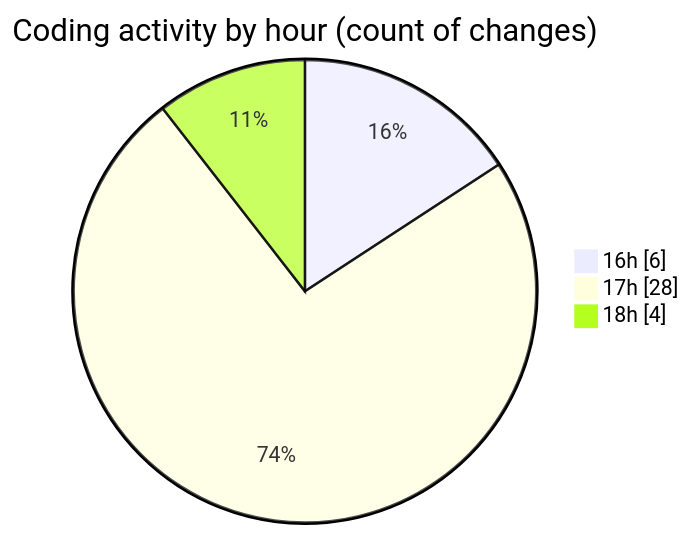
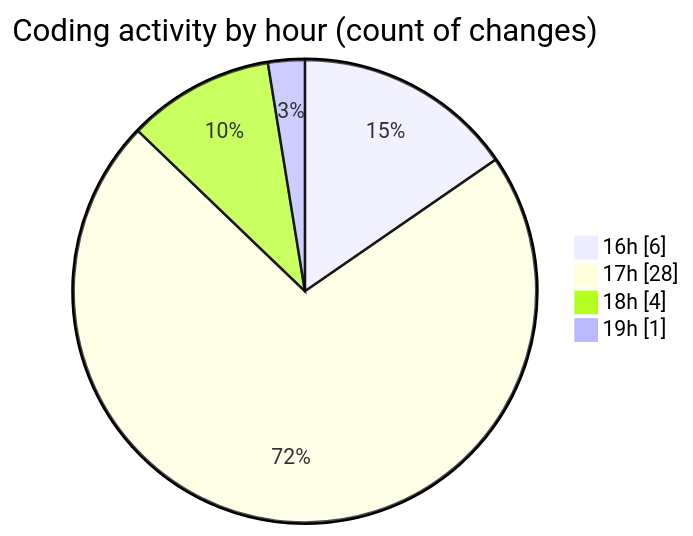
One commit to Ritupan-Deka/code-tracking changed the second of 2 diagrams in 2025-06-24/scopecraft/README.md. Above: the diagram before and after it, drawn with Mermaid. The commit also changed other lines of this file and 1 other file, not shown here.

````diff
--- a/2025-06-24/scopecraft/README.md
+++ b/2025-06-24/scopecraft/README.md
@@ -39,7 +40,8 @@
 ```mermaid
 pie showData
 title Coding activity by hour (count of changes)
 "16h" : 6
 "17h" : 28
 "18h" : 4
+"19h" : 1
 ```
````
